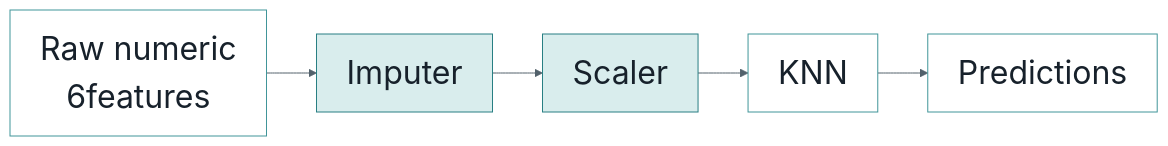
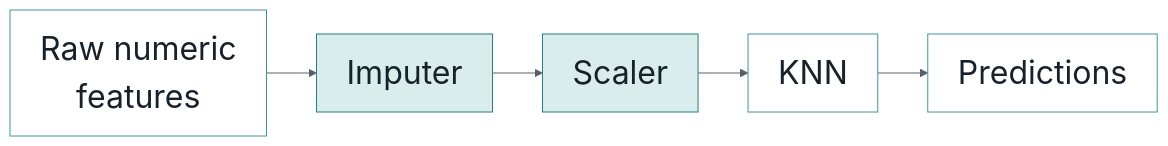
The second of 3 diagrams in website/slides/slides-05-preprocessing-pipelines.qmd (kvarada/cpsc330-slides), drawn with Mermaid before and after one commit. The commit also changed 1 other file, not shown here.

Commit message:
minor changes

````diff
--- a/website/slides/slides-05-preprocessing-pipelines.qmd
+++ b/website/slides/slides-05-preprocessing-pipelines.qmd
@@ -235,7 +235,7 @@
 ```{mermaid}
 %%{init: {'theme': 'base', 'themeVariables': {'fontFamily': 'sans-serif', 'fontSize': '32px', 'primaryColor': '#ffffff', 'primaryTextColor': '#17212b', 'primaryBorderColor': '#419599', 'lineColor': '#52616b'}}}%%
 flowchart LR
-    A["Raw numeric <br>6features"] --> B["Imputer"] --> C["Scaler"] --> D["KNN"] --> E["Predictions"]
+    A["Raw numeric <br>features"] --> B["Imputer"] --> C["Scaler"] --> D["KNN"] --> E["Predictions"]
     style B fill:#d9eded,stroke:#287f83
     style C fill:#d9eded,stroke:#287f83
 ```
````
